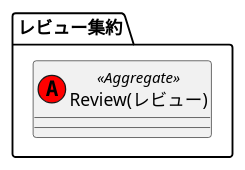
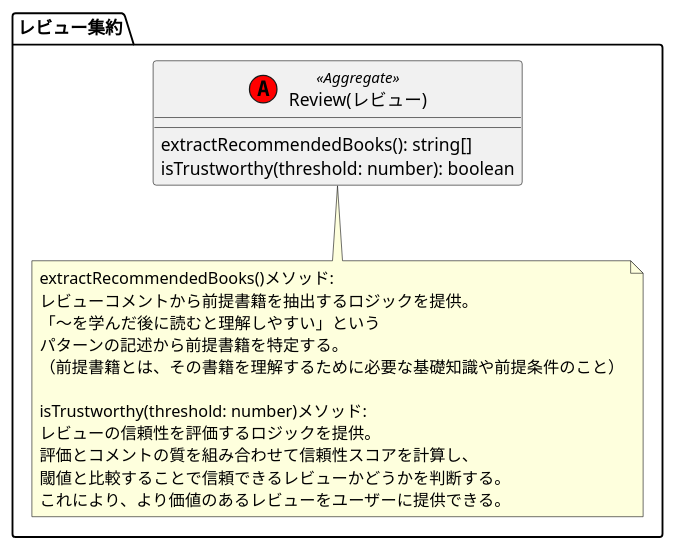
Before and after one commit to abekem/hands-on-ddd-introduction: the diagram in CatalogService/Domain/models/Review/Review.pu, drawn with PlantUML. The commit also changed 1 other file, not shown here.

Commit message:
5-3-2-2 ビジネスルールの具体化

```diff
--- a/CatalogService/Domain/models/Review/Review.pu
+++ b/CatalogService/Domain/models/Review/Review.pu
@@ -1,9 +1,26 @@
 @startuml Review
 
 package "レビュー集約" {
     ' 1. 集約とポリシーの表現
     class "Review(レビュー)" as Review << (A,red) Aggregate >> {
+        extractRecommendedBooks(): string[]
+        isTrustworthy(threshold: number): boolean
     }
+
+    ' 2. ビジネスルールの具体化
+    note bottom of Review
+        extractRecommendedBooks()メソッド:
+        レビューコメントから前提書籍を抽出するロジックを提供。
+        「〜を学んだ後に読むと理解しやすい」という
+        パターンの記述から前提書籍を特定する。
+        （前提書籍とは、その書籍を理解するために必要な基礎知識や前提条件のこと）
+
+        isTrustworthy(threshold: number)メソッド:
+        レビューの信頼性を評価するロジックを提供。
+        評価とコメントの質を組み合わせて信頼性スコアを計算し、
+        閾値と比較することで信頼できるレビューかどうかを判断する。
+        これにより、より価値のあるレビューをユーザーに提供できる。
+    end note
 }
 
 @enduml
```
